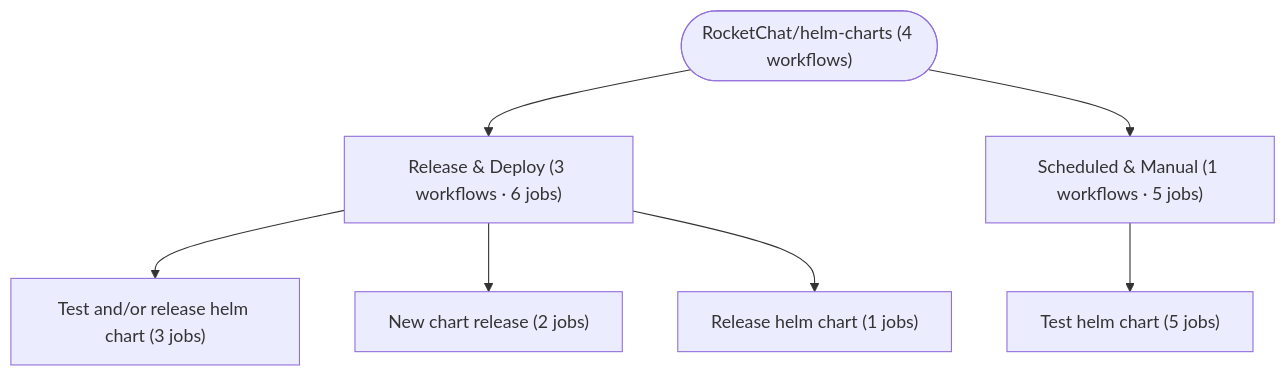
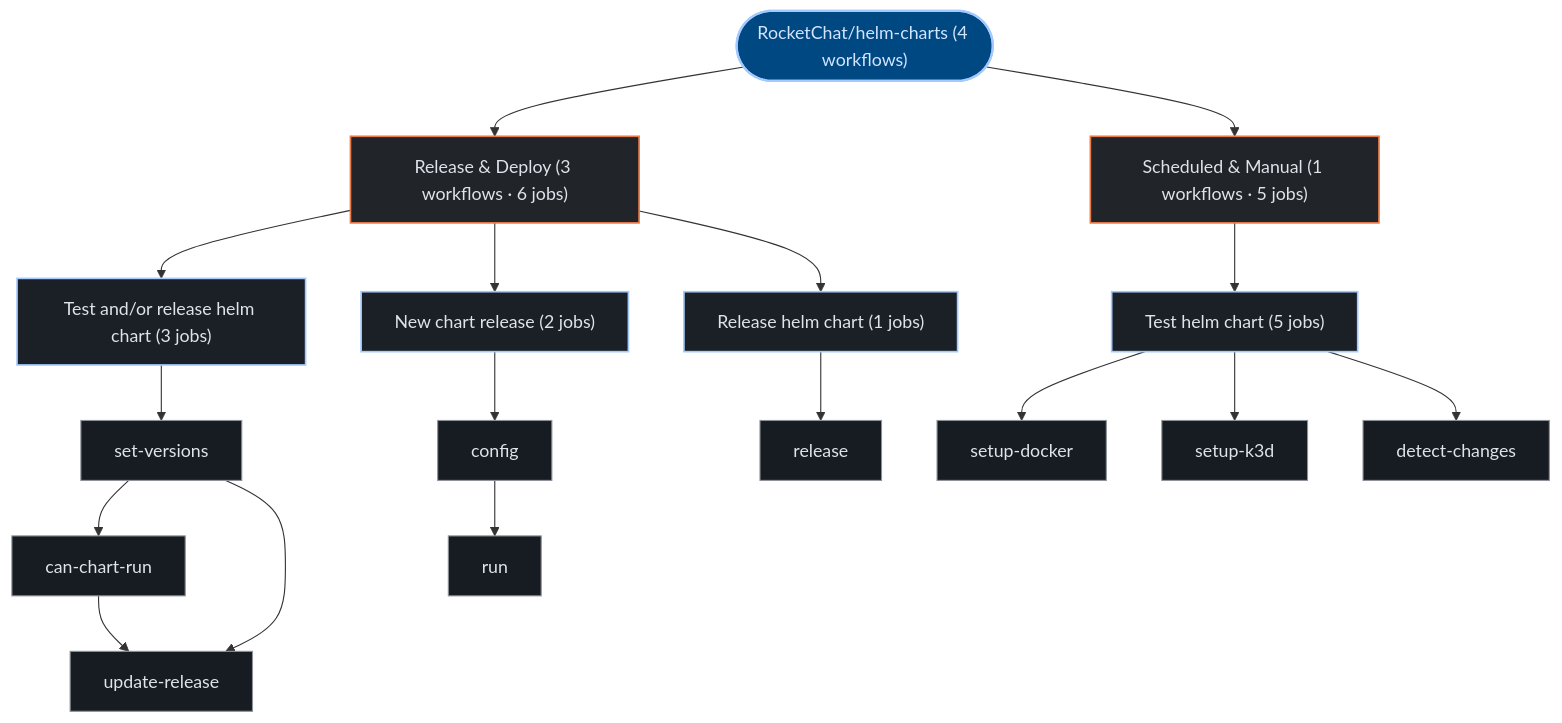
Before and after one commit to kumarshaz/atruss-code-atlas: the third of 3 diagrams in exports/latest/reports/RocketChat-helm-charts-report.md, drawn with Mermaid. The commit also changed other lines of this file and 331 other files, not shown here.

Commit message:
docs,ui,fix: update SDLC docs, reorder CI/CD DAG first, stylize Mermaid, and fix Arc42 pipeline topology

````diff
--- a/exports/latest/reports/RocketChat-helm-charts-report.md
+++ b/exports/latest/reports/RocketChat-helm-charts-report.md
@@ -219,16 +230,42 @@
 ```mermaid
 graph TD;
-  pipeline_root(["RocketChat/helm-charts (4 workflows)"])
-  grp_0_Release___Deploy["Release & Deploy (3 workflows · 6 jobs)"]
+  classDef atlasRoot fill:#004882,stroke:#a3c9ff,stroke-width:2px,color:#d3e4ff
+  classDef atlasCategory fill:#212428,stroke:#E87A48,stroke-width:1.5px,color:#dfe3eb
+  classDef atlasWorkflow fill:#1b2026,stroke:#a3c9ff,stroke-width:1.5px,color:#dfe3eb
+  classDef atlasJob fill:#171c22,stroke:#8d9199,stroke-width:1px,color:#dfe3eb
+  classDef atlasTarget fill:#005227,stroke:#8bd99b,stroke-width:1.5px,color:#a7f6b6
+  classDef atlasAlert fill:#93000a,stroke:#ffb4ab,stroke-width:1.5px,color:#ffdad6
+  classDef atlasMore fill:#252a31,stroke:#8d9199,stroke-dasharray:4 4,color:#c3c6cf
+  pipeline_root(["RocketChat/helm-charts (4 workflows)"]):::atlasRoot
+  grp_0_Release___Deploy["Release & Deploy (3 workflows · 6 jobs)"]:::atlasCategory
   pipeline_root --> grp_0_Release___Deploy
-  wf_0_Test_and_or_release_helm_chart["Test and/or release helm chart (3 jobs)"]
+  wf_0_Test_and_or_release_helm_chart["Test and/or release helm chart (3 jobs)"]:::atlasWorkflow
   grp_0_Release___Deploy --> wf_0_Test_and_or_release_helm_chart
-  wf_1_New_chart_release["New chart release (2 jobs)"]
+  job_0_set_versions["set-versions"]:::atlasJob
+  job_0_can_chart_run["can-chart-run"]:::atlasJob
+  job_0_update_release["update-release"]:::atlasJob
+  wf_0_Test_and_or_release_helm_chart --> job_0_set_versions
+  job_0_set_versions --> job_0_can_chart_run
+  job_0_can_chart_run --> job_0_update_release
+  job_0_set_versions --> job_0_update_release
+  wf_1_New_chart_release["New chart release (2 jobs)"]:::atlasWorkflow
   grp_0_Release___Deploy --> wf_1_New_chart_release
-  wf_2_Release_helm_chart["Release helm chart (1 jobs)"]
+  job_1_config["config"]:::atlasJob
+  job_1_run["run"]:::atlasJob
+  wf_1_New_chart_release --> job_1_config
+  job_1_config --> job_1_run
+  wf_2_Release_helm_chart["Release helm chart (1 jobs)"]:::atlasWorkflow
   grp_0_Release___Deploy --> wf_2_Release_helm_chart
-  grp_1_Scheduled___Manual["Scheduled & Manual (1 workflows · 5 jobs)"]
+  job_2_release["release"]:::atlasJob
+  wf_2_Release_helm_chart --> job_2_release
+  grp_1_Scheduled___Manual["Scheduled & Manual (1 workflows · 5 jobs)"]:::atlasCategory
   pipeline_root --> grp_1_Scheduled___Manual
-  wf_3_Test_helm_chart["Test helm chart (5 jobs)"]
+  wf_3_Test_helm_chart["Test helm chart (5 jobs)"]:::atlasWorkflow
   grp_1_Scheduled___Manual --> wf_3_Test_helm_chart
+  job_3_setup_docker["setup-docker"]:::atlasJob
+  job_3_setup_k3d["setup-k3d"]:::atlasJob
+  job_3_detect_changes["detect-changes"]:::atlasJob
+  wf_3_Test_helm_chart --> job_3_setup_docker
+  wf_3_Test_helm_chart --> job_3_setup_k3d
+  wf_3_Test_helm_chart --> job_3_detect_changes
 ```
````
